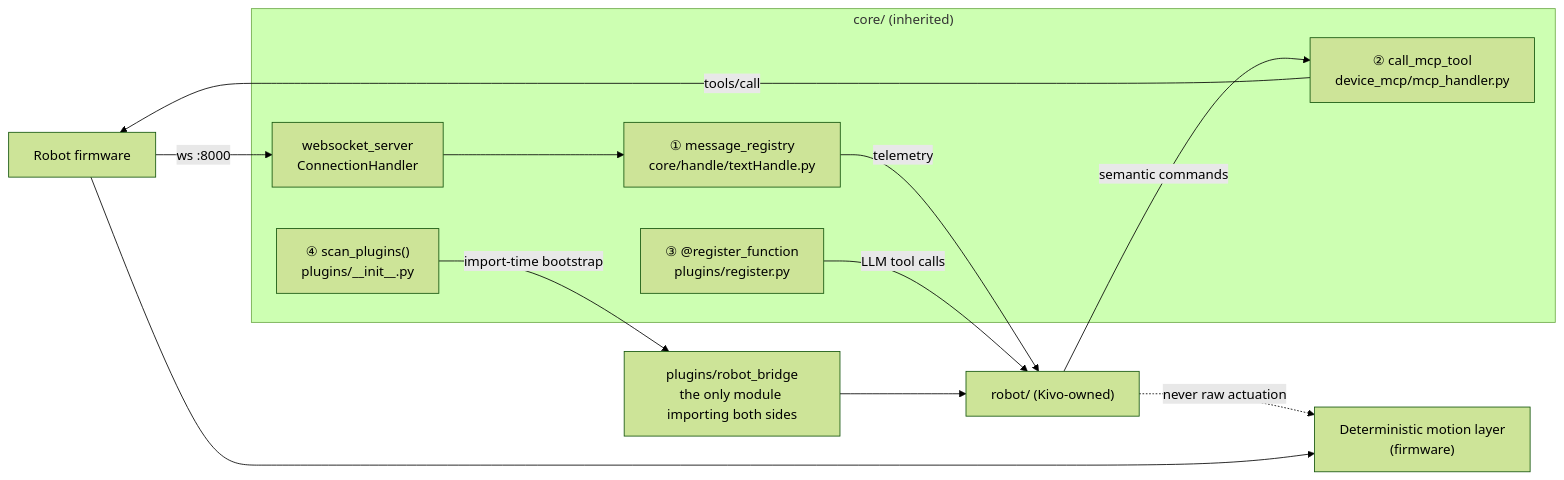
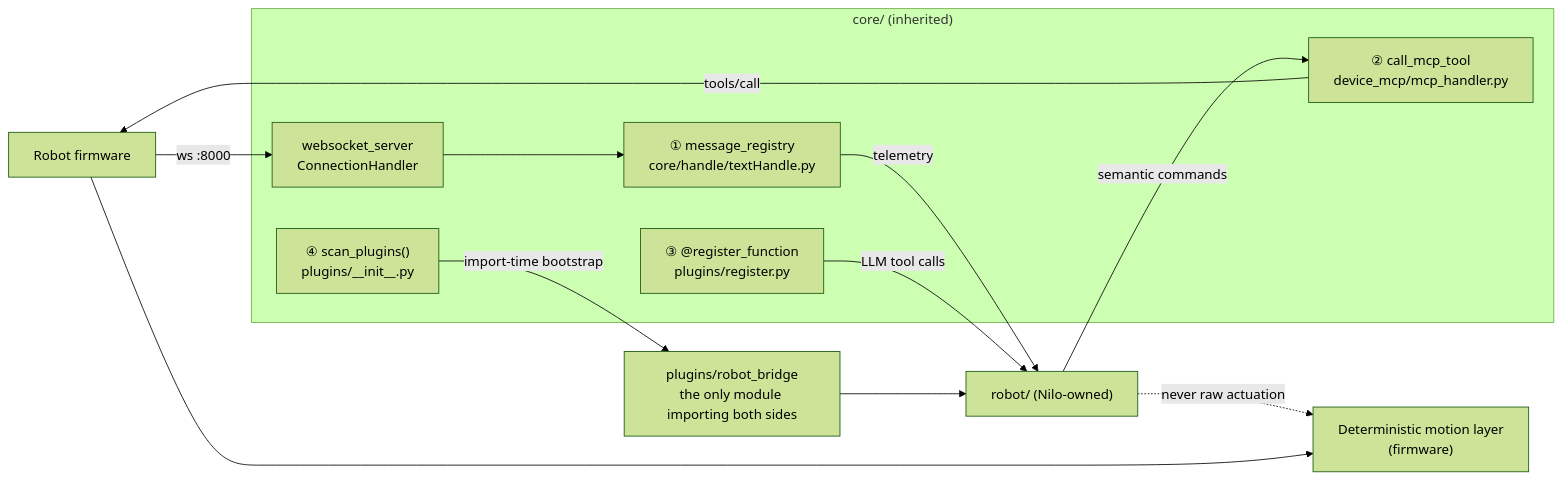
Before and after one commit to AA-Box/Nilo: the second of 4 diagrams in docs/robot-architecture.md, drawn with Mermaid (forest theme). The commit also changed other lines of this file and 307 other files, not shown here.

````diff
--- a/docs/robot-architecture.md
+++ b/docs/robot-architecture.md
@@ -348,27 +351,27 @@
 ```mermaid
 flowchart LR
     FW["Robot firmware"]
 
     subgraph core["core/ (inherited)"]
         WS["websocket_server<br/>ConnectionHandler"]
         S1["① message_registry<br/>core/handle/textHandle.py"]
         S2["② call_mcp_tool<br/>device_mcp/mcp_handler.py"]
         S3["③ @register_function<br/>plugins/register.py"]
         S4["④ scan_plugins()<br/>plugins/__init__.py"]
     end
 
     BR["plugins/robot_bridge<br/>the only module importing both sides"]
-    ROBOT["robot/ (Kivo-owned)"]
+    ROBOT["robot/ (Nilo-owned)"]
     MOT["Deterministic motion layer<br/>(firmware)"]
 
     FW -- "ws :8000" --> WS
     WS --> S1
     S1 -- "telemetry" --> ROBOT
     ROBOT -- "semantic commands" --> S2
     S2 -- "tools/call" --> FW
     S3 -- "LLM tool calls" --> ROBOT
     S4 -- "import-time bootstrap" --> BR
     BR --> ROBOT
     ROBOT -. "never raw actuation" .-> MOT
     FW --> MOT
 ```
````
